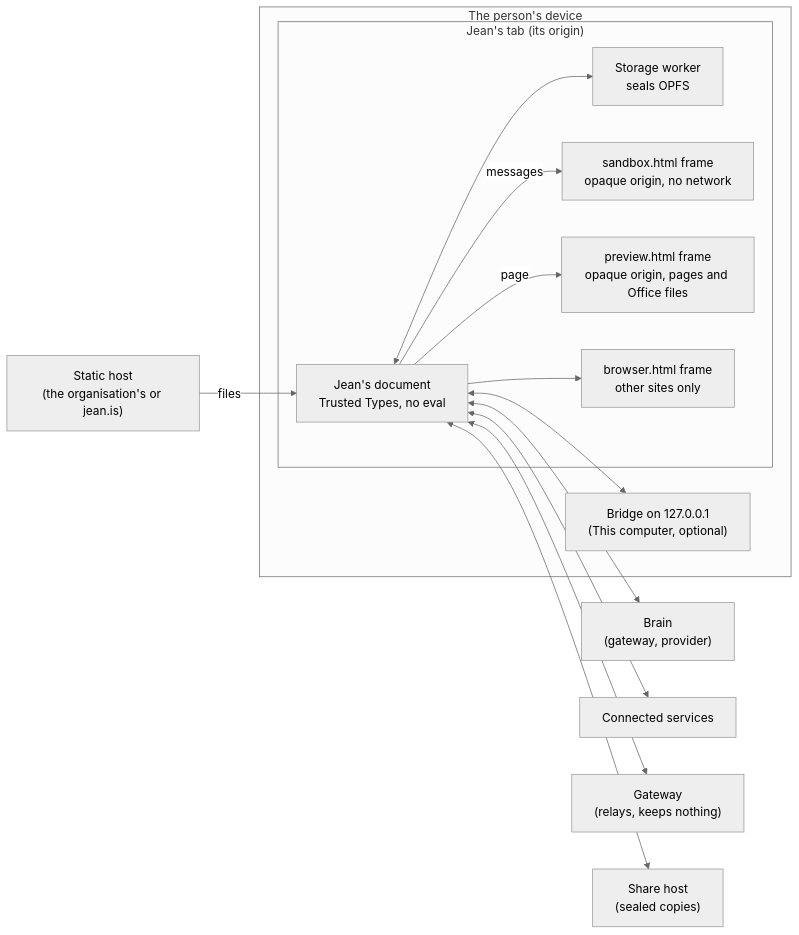
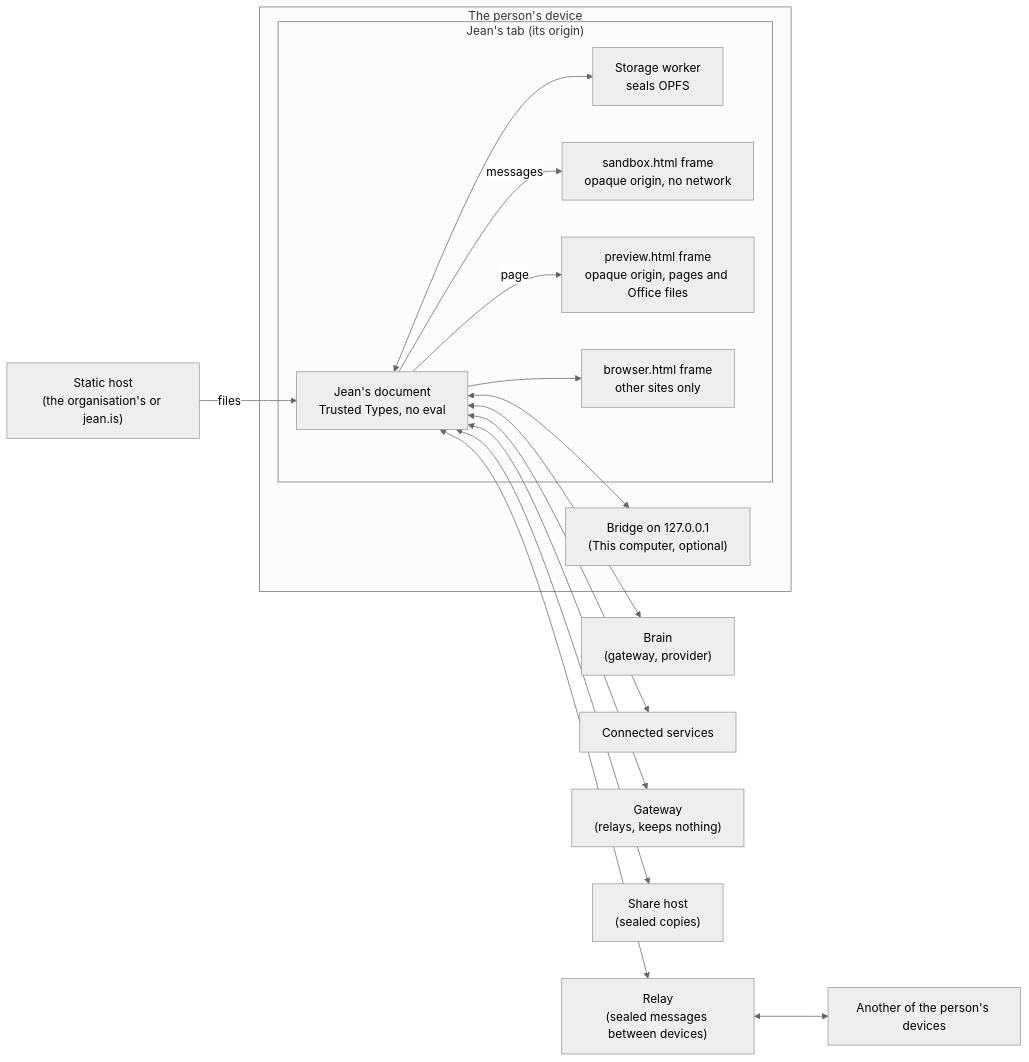
The diagram in docs/trust/threat-model.md (jean-is/jean), drawn with Mermaid (neutral theme) before and after one commit. The commit also changed other lines of this file and 73 other files, not shown here.

````diff
--- a/docs/trust/threat-model.md
+++ b/docs/trust/threat-model.md
@@ -32,28 +32,32 @@
 ```mermaid
 flowchart LR
   subgraph Device["The person's device"]
     subgraph Tab["Jean's tab (its origin)"]
       Doc["Jean's document<br/>Trusted Types, no eval"]
       Store["Storage worker<br/>seals OPFS"]
       Sandbox["sandbox.html frame<br/>opaque origin, no network"]
       Preview["preview.html frame<br/>opaque origin, pages and Office files"]
       Pane["browser.html frame<br/>other sites only"]
     end
     Bridge["Bridge on 127.0.0.1<br/>(This computer, optional)"]
   end
   Host["Static host<br/>(the organisation's or jean.is)"]
   Brain["Brain<br/>(gateway, provider)"]
   MCP["Connected services"]
   Gateway["Gateway<br/>(relays, keeps nothing)"]
   Share["Share host<br/>(sealed copies)"]
+  Relay["Relay<br/>(sealed messages between devices)"]
+  Other["Another of the person's devices"]
   Host -- files --> Doc
   Doc <--> Store
   Doc -- messages --> Sandbox
   Doc -- page --> Preview
   Doc --> Pane
   Doc <--> Brain
   Doc <--> MCP
   Doc <--> Gateway
   Doc <--> Share
+  Doc <--> Relay
+  Relay <--> Other
   Doc <--> Bridge
 ```
````
